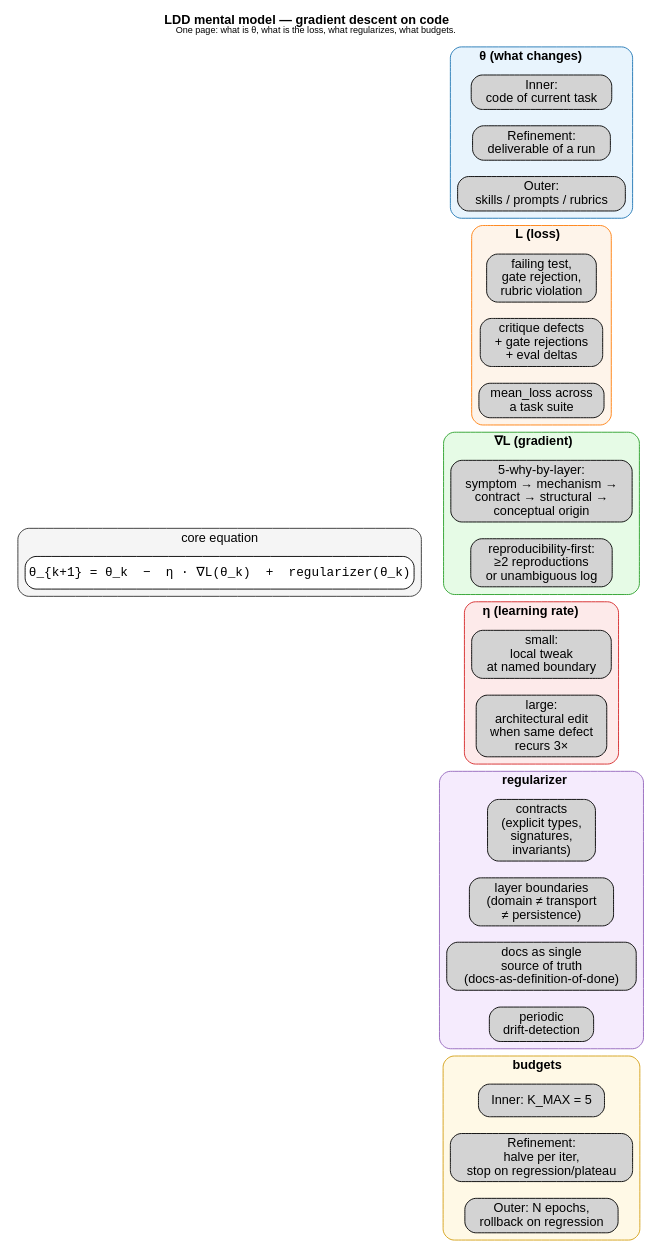
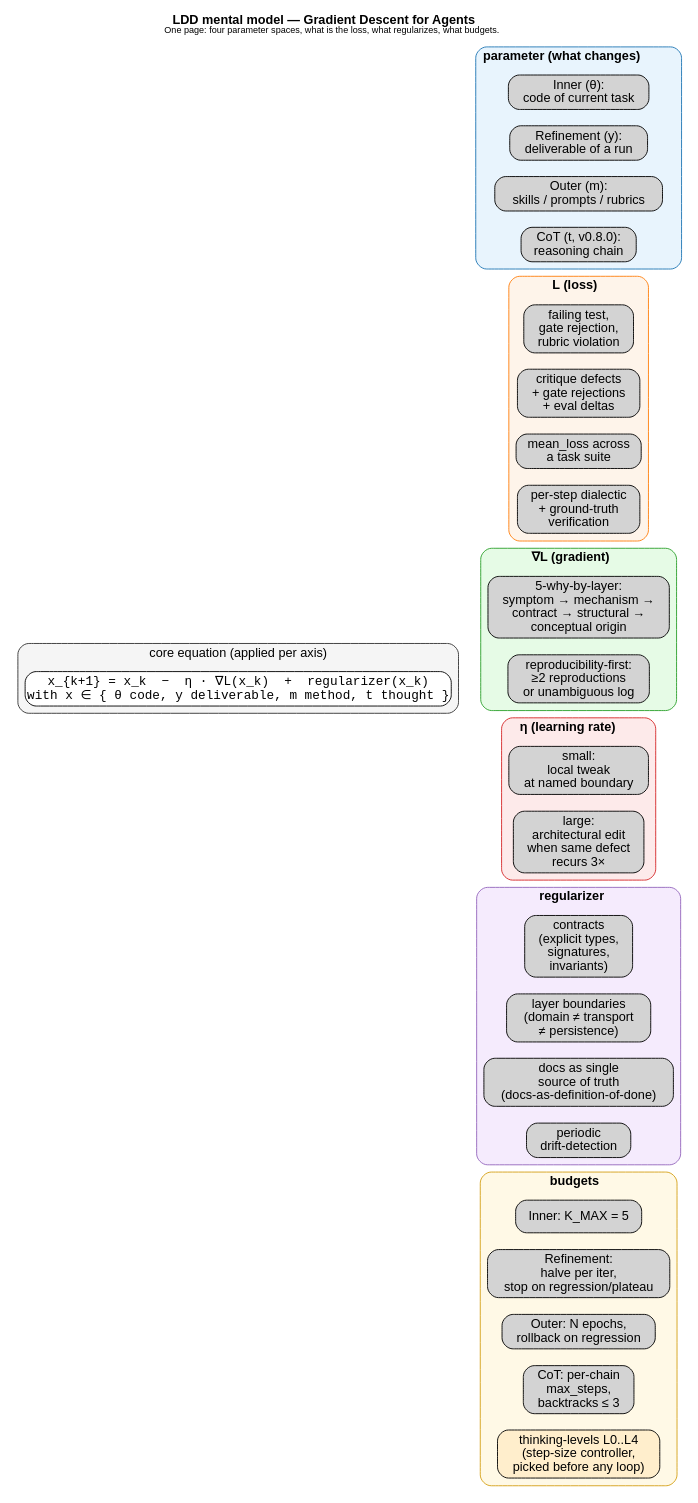
One commit to veegee82/loss-driven-development changed the diagram in diagrams/mental-model-ldd.dot. Above: the diagram before and after it, drawn with Graphviz. The commit also changed 40 other files, not shown here.

```diff
--- a/diagrams/mental-model-ldd.dot
+++ b/diagrams/mental-model-ldd.dot
@@ -1,68 +1,72 @@
 digraph mental_model_ldd {
   rankdir=LR;
   node [fontname="Helvetica", shape=box, style="rounded,filled"];
   edge [fontname="Helvetica", fontsize=10];
   labelloc="t";
-  label=<<b>LDD mental model — gradient descent on code</b><br/><font point-size="10">One page: what is θ, what is the loss, what regularizes, what budgets.</font>>;
+  label=<<b>LDD mental model — Gradient Descent for Agents</b><br/><font point-size="10">One page: four parameter spaces, what is the loss, what regularizes, what budgets.</font>>;
   fontname="Helvetica";
 
   subgraph cluster_core {
-    label="core equation";
+    label="core equation (applied per axis)";
     style="rounded,filled"; fillcolor="#f5f5f5"; color="#333333";
-    eq [label="θ_{k+1} = θ_k  −  η · ∇L(θ_k)  +  regularizer(θ_k)", fillcolor="#ffffff", shape=box, fontname="Courier"];
+    eq [label="x_{k+1} = x_k  −  η · ∇L(x_k)  +  regularizer(x_k)\nwith x ∈ { θ code, y deliverable, m method, t thought }", fillcolor="#ffffff", shape=box, fontname="Courier"];
   }
 
   subgraph cluster_theta {
-    label=<<b>θ (what changes)</b>>;
+    label=<<b>parameter (what changes)</b>>;
     style="rounded,filled"; fillcolor="#e8f4fd"; color="#1f77b4";
-    theta_code [label="Inner:\ncode of current task"];
-    theta_deliv [label="Refinement:\ndeliverable of a run"];
-    theta_skill [label="Outer:\nskills / prompts / rubrics"];
+    theta_code [label="Inner (θ):\ncode of current task"];
+    theta_deliv [label="Refinement (y):\ndeliverable of a run"];
+    theta_skill [label="Outer (m):\nskills / prompts / rubrics"];
+    theta_thought [label="CoT (t, v0.8.0):\nreasoning chain"];
   }
 
   subgraph cluster_loss {
     label=<<b>L (loss)</b>>;
     style="rounded,filled"; fillcolor="#fef4ea"; color="#ff7f0e";
     loss_inner [label="failing test,\ngate rejection,\nrubric violation"];
     loss_refine [label="critique defects\n+ gate rejections\n+ eval deltas"];
     loss_outer [label="mean_loss across\na task suite"];
+    loss_cot [label="per-step dialectic\n+ ground-truth\nverification"];
   }
 
   subgraph cluster_grad {
     label=<<b>∇L (gradient)</b>>;
     style="rounded,filled"; fillcolor="#e6fbe6"; color="#2ca02c";
     grad_how [label="5-why-by-layer:\nsymptom → mechanism →\ncontract → structural →\nconceptual origin"];
     grad_guard [label="reproducibility-first:\n≥2 reproductions\nor unambiguous log"];
   }
 
   subgraph cluster_eta {
     label=<<b>η (learning rate)</b>>;
     style="rounded,filled"; fillcolor="#fdeaea"; color="#d62728";
     eta_small [label="small:\nlocal tweak\nat named boundary"];
     eta_large [label="large:\narchitectural edit\nwhen same defect\nrecurs 3×"];
   }
 
   subgraph cluster_reg {
     label=<<b>regularizer</b>>;
     style="rounded,filled"; fillcolor="#f5ebfd"; color="#9467bd";
     reg_contract [label="contracts\n(explicit types,\nsignatures,\ninvariants)"];
     reg_layer [label="layer boundaries\n(domain ≠ transport\n≠ persistence)"];
     reg_docs [label="docs as single\nsource of truth\n(docs-as-definition-of-done)"];
     reg_drift [label="periodic\ndrift-detection"];
   }
 
   subgraph cluster_budget {
     label=<<b>budgets</b>>;
     style="rounded,filled"; fillcolor="#fff9e6"; color="#d4a017";
     b_inner [label="Inner: K_MAX = 5"];
     b_refine [label="Refinement:\nhalve per iter,\nstop on regression/plateau"];
     b_outer [label="Outer: N epochs,\nrollback on regression"];
+    b_cot [label="CoT: per-chain\nmax_steps,\nbacktracks ≤ 3"];
+    b_ladder [label="thinking-levels L0..L4\n(step-size controller,\npicked before any loop)", fillcolor="#ffeecc"];
   }
 
   eq -> theta_code [style=invis];
   eq -> loss_inner [style=invis];
   eq -> grad_how [style=invis];
   eq -> eta_small [style=invis];
   eq -> reg_contract [style=invis];
   eq -> b_inner [style=invis];
 }
```
